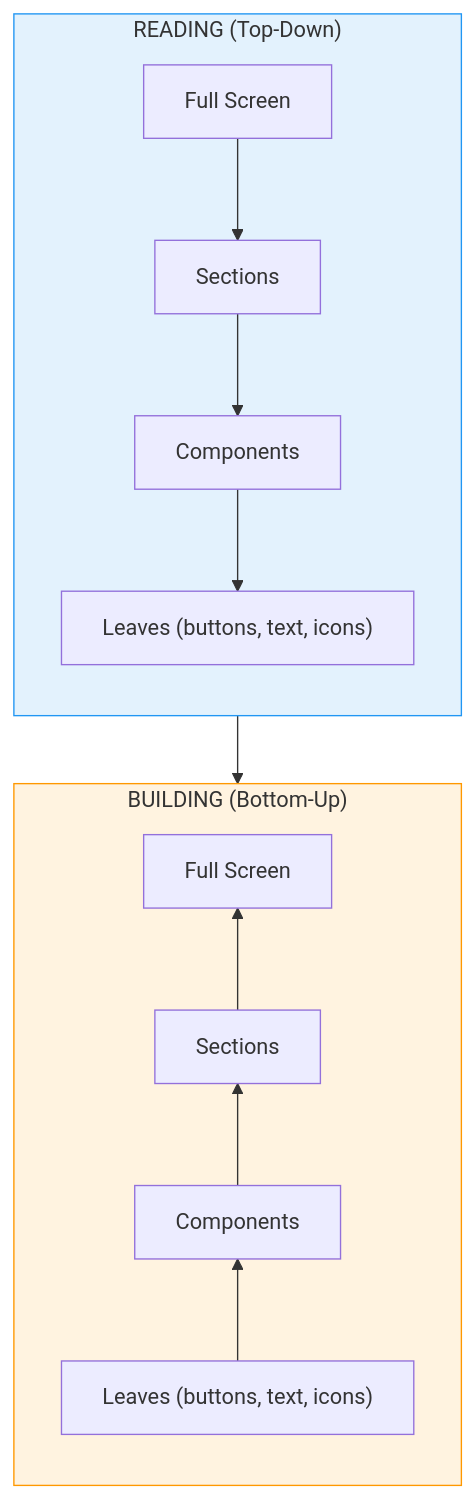
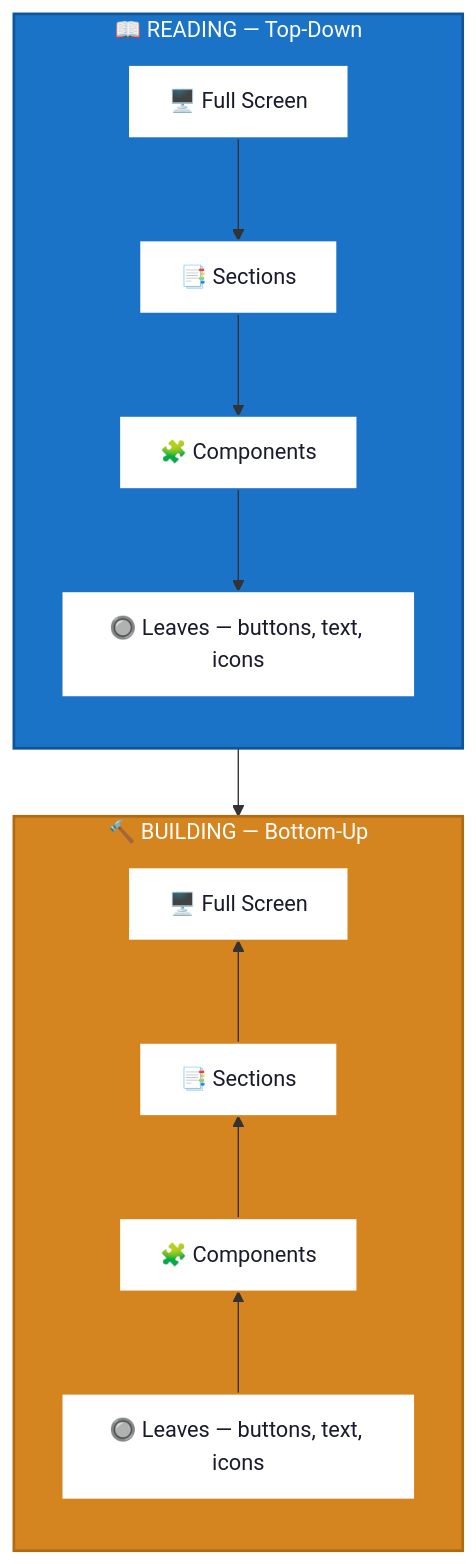
One commit to bazingga08/figma-to-code changed the fifth of 10 diagrams in README.md. Above: the diagram before and after it, drawn with Mermaid. The commit also changed other lines of this file, not shown here.

First line of the commit message:
fix: improve Mermaid diagram readability — high-contrast colors and explicit text styling

````diff
--- a/README.md
+++ b/README.md
@@ -242,21 +180,29 @@
 ```mermaid
 flowchart TD
-    subgraph READ ["READING (Top-Down)"]
+    subgraph READ ["📖 READING — Top-Down"]
         direction TB
-        R1["Full Screen"] --> R2["Sections"]
-        R2 --> R3["Components"]
-        R3 --> R4["Leaves (buttons, text, icons)"]
+        R1["🖥️ Full Screen"] --> R2["📑 Sections"]
+        R2 --> R3["🧩 Components"]
+        R3 --> R4["🔘 Leaves — buttons, text, icons"]
     end
 
-    subgraph BUILD ["BUILDING (Bottom-Up)"]
+    subgraph BUILD ["🔨 BUILDING — Bottom-Up"]
         direction BT
-        B4["Leaves (buttons, text, icons)"] --> B3["Components"]
-        B3 --> B2["Sections"]
-        B2 --> B1["Full Screen"]
+        B4["🔘 Leaves — buttons, text, icons"] --> B3["🧩 Components"]
+        B3 --> B2["📑 Sections"]
+        B2 --> B1["🖥️ Full Screen"]
     end
 
     READ --> BUILD
 
-    style READ fill:#e3f2fd,stroke:#2196f3
-    style BUILD fill:#fff3e0,stroke:#ff9800
+    style READ fill:#1A73C7,color:#ffffff,stroke:#0f5499,stroke-width:2px
+    style BUILD fill:#D4851F,color:#ffffff,stroke:#b06b10,stroke-width:2px
+    style R1 fill:#ffffff,color:#1a1a2e,stroke:#1A73C7,stroke-width:1.5px
+    style R2 fill:#ffffff,color:#1a1a2e,stroke:#1A73C7,stroke-width:1.5px
+    style R3 fill:#ffffff,color:#1a1a2e,stroke:#1A73C7,stroke-width:1.5px
+    style R4 fill:#ffffff,color:#1a1a2e,stroke:#1A73C7,stroke-width:1.5px
+    style B1 fill:#ffffff,color:#1a1a2e,stroke:#D4851F,stroke-width:1.5px
+    style B2 fill:#ffffff,color:#1a1a2e,stroke:#D4851F,stroke-width:1.5px
+    style B3 fill:#ffffff,color:#1a1a2e,stroke:#D4851F,stroke-width:1.5px
+    style B4 fill:#ffffff,color:#1a1a2e,stroke:#D4851F,stroke-width:1.5px
 ```
````
